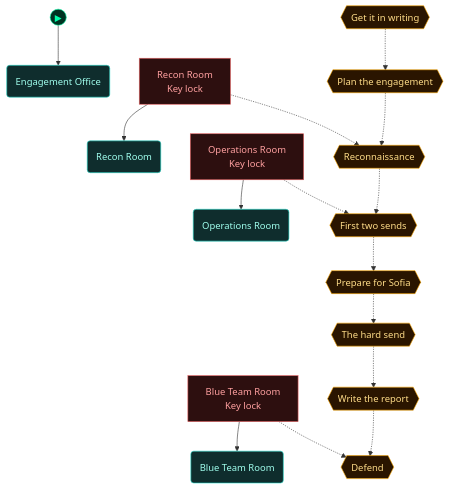
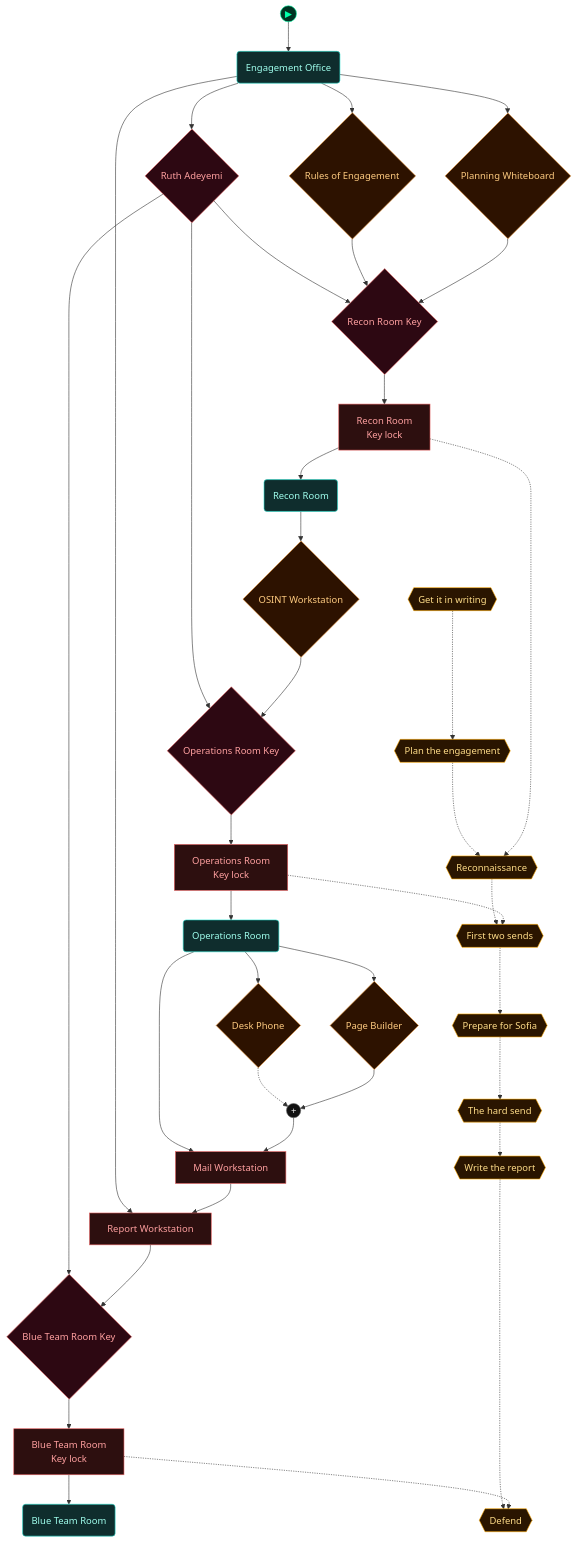
The third of 5 diagrams in scenarios/lab_social_engineering/dungeon_graph.md (cliffe/BreakEscape), drawn with Mermaid before and after one commit. The commit also changed other lines of this file and 22 other files, not shown here.

Commit message:
SE lab design cycle 1: SOC board and report findings get credible wrong options; opt-in report question items; wrong-object pointer, credits without names, key-ready texts, team page without addresses, portal ask needs the intern; graph data; review and log

````diff
--- a/scenarios/lab_social_engineering/dungeon_graph.md
+++ b/scenarios/lab_social_engineering/dungeon_graph.md
@@ -159,6 +196,19 @@
   operations_room("Operations Room")
   door_blue_team_room["Blue Team Room<br/>Key lock"]
   blue_team_room("Blue Team Room")
+  engagement_office("Engagement Office")
+  rules_of_engagement{"Rules of Engagement"}
+  planning_whiteboard{"Planning Whiteboard"}
+  lock_report_workstation["Report Workstation"]
+  npc_ruth_adeyemi{"Ruth Adeyemi"}
+  recon_room_key{"Recon Room Key"}
+  operations_room_key{"Operations Room Key"}
+  blue_team_room_key{"Blue Team Room Key"}
+  osint_workstation{"OSINT Workstation"}
+  lock_mail_workstation["Mail Workstation"]
+  page_builder{"Page Builder"}
+  desk_phone{"Desk Phone"}
+  andgate1((" + "))
   aim_authorise{{"Get it in writing"}}
   aim_plan{{"Plan the engagement"}}
   aim_recon{{"Reconnaissance"}}
@@ -167,11 +217,32 @@
   aim_phish_hard{{"The hard send"}}
   aim_report{{"Write the report"}}
   aim_defend{{"Defend"}}
-  engagement_office("Engagement Office")
 
   door_recon_room --> recon_room
   door_operations_room --> operations_room
   door_blue_team_room --> blue_team_room
+  engagement_office --> rules_of_engagement
+  engagement_office --> planning_whiteboard
+  engagement_office --> lock_report_workstation
+  engagement_office --> npc_ruth_adeyemi
+  npc_ruth_adeyemi --> recon_room_key
+  recon_room_key --> door_recon_room
+  npc_ruth_adeyemi --> operations_room_key
+  operations_room_key --> door_operations_room
+  npc_ruth_adeyemi --> blue_team_room_key
+  blue_team_room_key --> door_blue_team_room
+  recon_room --> osint_workstation
+  operations_room --> lock_mail_workstation
+  lock_mail_workstation --> lock_report_workstation
+  operations_room --> page_builder
+  operations_room --> desk_phone
+  desk_phone -.-> andgate1
+  andgate1 --> lock_mail_workstation
+  page_builder --> andgate1
+  rules_of_engagement --> recon_room_key
+  planning_whiteboard --> recon_room_key
+  lock_report_workstation --> blue_team_room_key
+  osint_workstation --> operations_room_key
   aim_authorise -.-> aim_plan
   aim_plan -.-> aim_recon
   aim_recon -.-> aim_phish_easy
@@ -183,8 +254,11 @@
   door_operations_room -.-> aim_phish_easy
   door_blue_team_room -.-> aim_defend
 
-  class door_recon_room,door_operations_room,door_blue_team_room lock
+  class door_recon_room,door_operations_room,door_blue_team_room,lock_report_workstation,lock_mail_workstation lock
   class recon_room,operations_room,blue_team_room,engagement_office room
+  class rules_of_engagement,planning_whiteboard,osint_workstation,page_builder,desk_phone item
+  class npc_ruth_adeyemi,recon_room_key,operations_room_key,blue_team_room_key key
+  class andgate1 gate
   class aim_authorise,aim_plan,aim_recon,aim_phish_easy,aim_prepare_hard,aim_phish_hard,aim_report,aim_defend critical
   class node_start start
 ```
````
